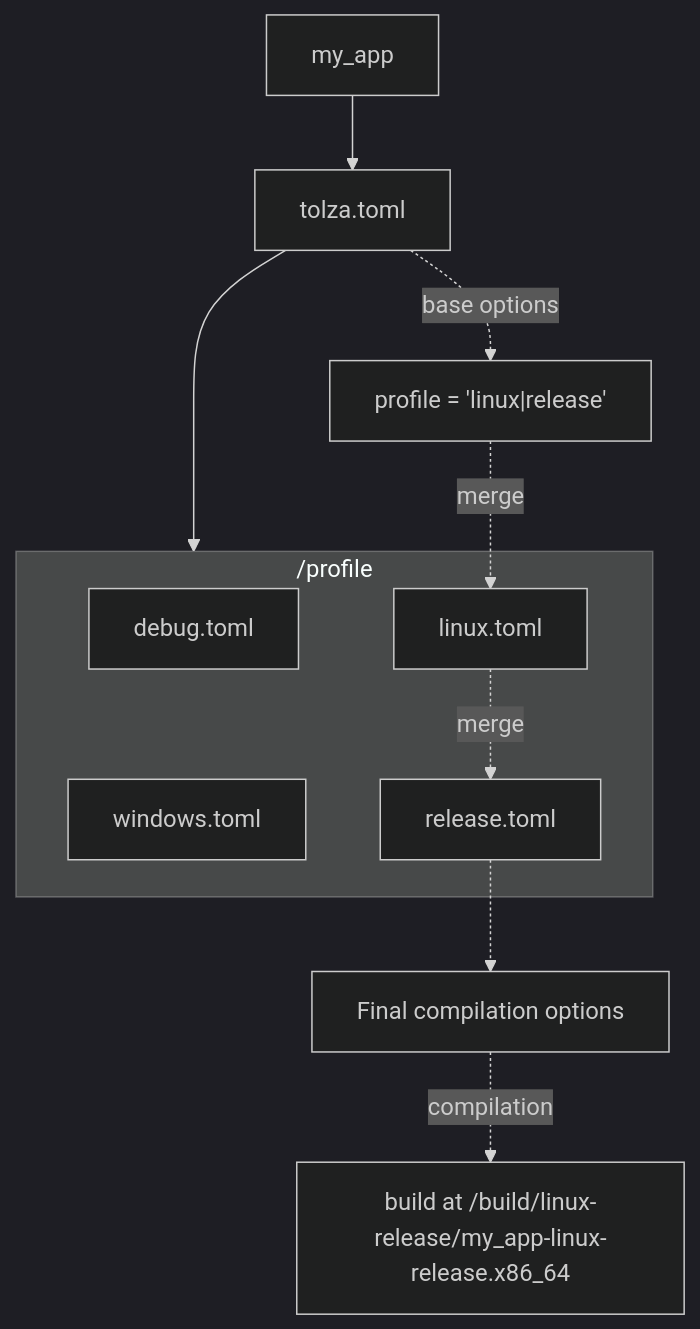
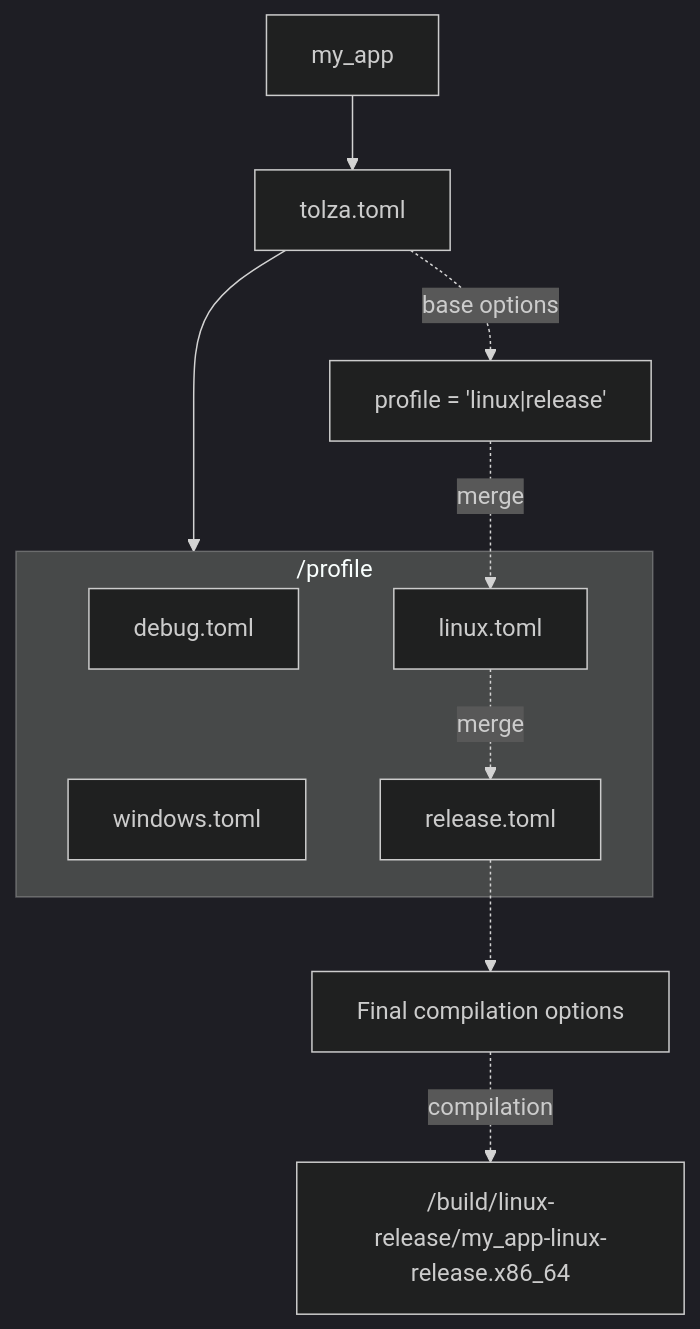
The diagram in docs/wiki/compiler/profile.md (TheProgrammare/Tolza), drawn with Mermaid (dark theme) before and after one commit. The commit also changed other lines of this file, not shown here.

````diff
--- a/docs/wiki/compiler/profile.md
+++ b/docs/wiki/compiler/profile.md
@@ -23,17 +23,17 @@
 ```mermaid
 flowchart TD
   AA[my_app] --> A[tolza.toml]
   subgraph PROFILES["/profile"]
     C[debug.toml]
     C3[linux.toml]
     C2[windows.toml]
     C1[release.toml]
   end
   A --> PROFILES
 
   A -. base options .-> D["profile = 'linux|release'"]
   D -. merge .-> C3
   C3 -. merge .-> C1
   C1 .-> E[Final compilation options]
-  E -. compilation .-> G["build at /build/linux-release/my_app-linux-release.x86_64"]
+  E -. compilation .-> G["/build/linux-release/my_app-linux-release.x86_64"]
 ```
````
